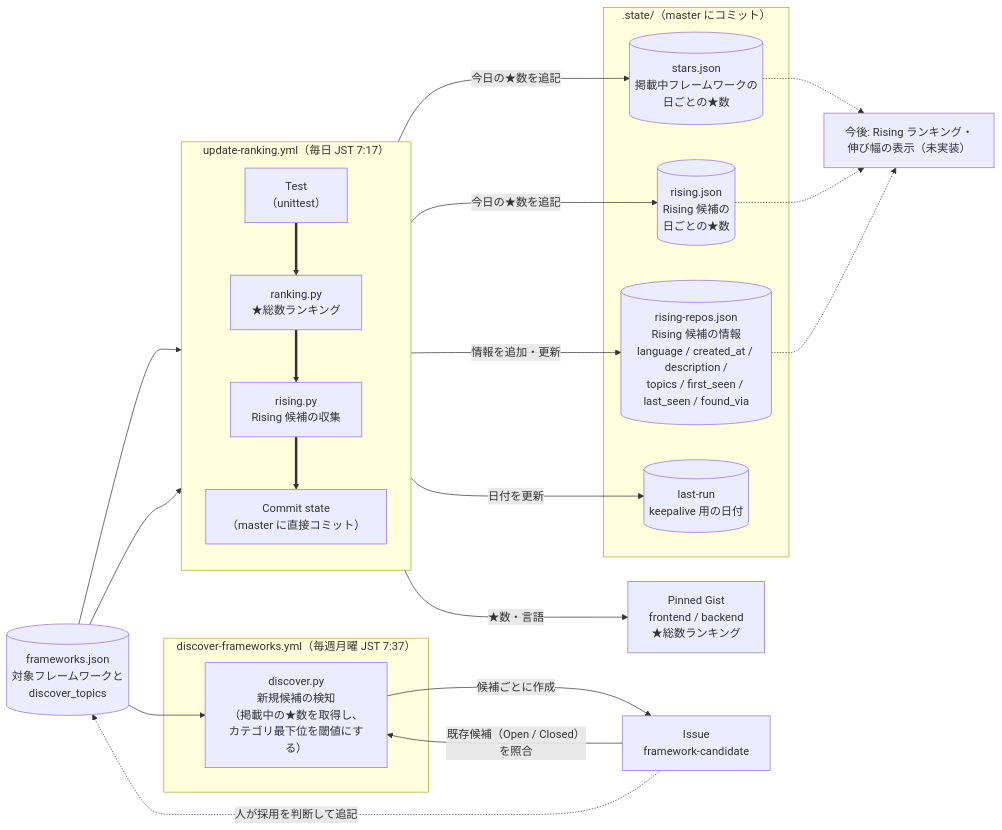
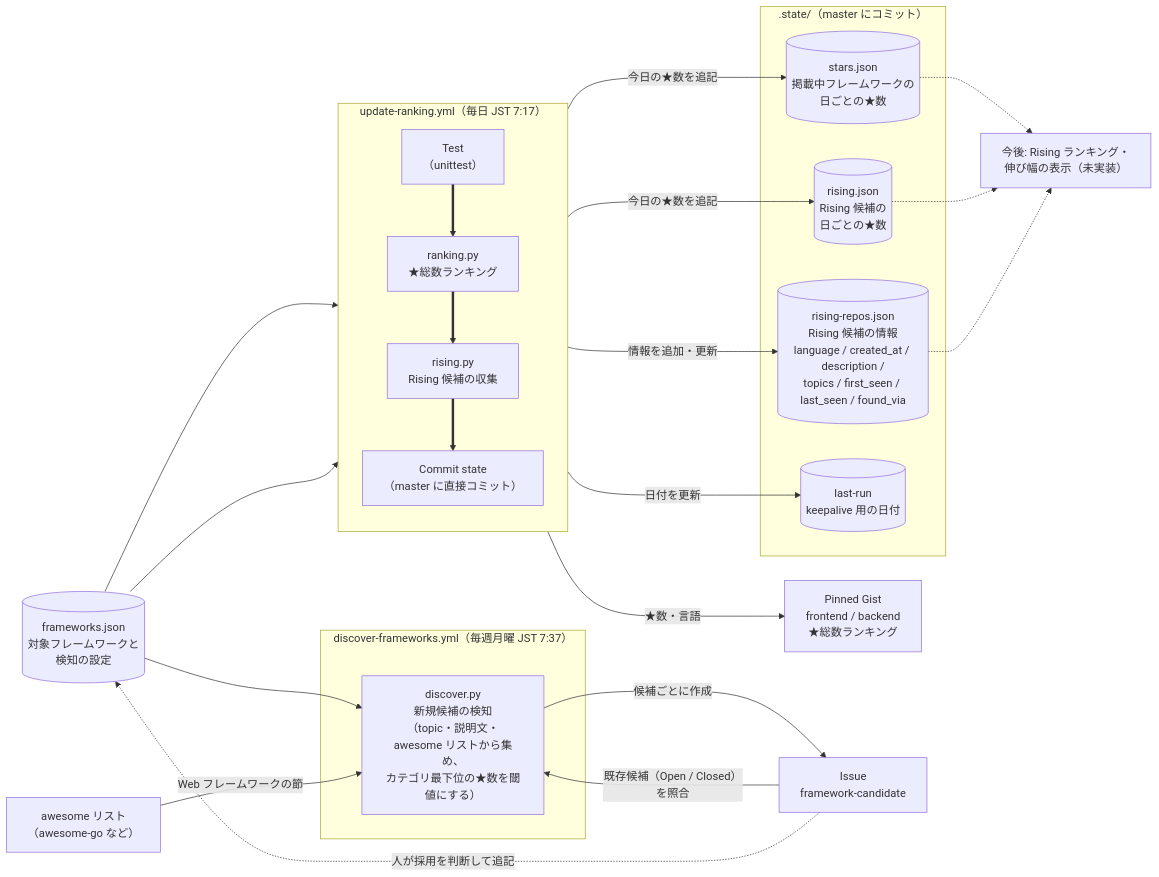
One commit to ot-nemoto/Omiya changed the first of 2 diagrams in docs/DATA_FLOW.md. Above: the diagram before and after it, drawn with Mermaid. The commit also changed other lines of this file and 6 other files, not shown here.

````diff
--- a/docs/DATA_FLOW.md
+++ b/docs/DATA_FLOW.md
@@ -7,46 +7,47 @@
 ```mermaid
 flowchart LR
-    config[("frameworks.json<br/>対象フレームワークと<br/>discover_topics")]
+    config[("frameworks.json<br/>対象フレームワークと<br/>検知の設定")]
 
     subgraph daily["update-ranking.yml（毎日 JST 7:17）"]
         direction TB
         test["Test<br/>（unittest）"]
         ranking["ranking.py<br/>★総数ランキング"]
         rising["rising.py<br/>Rising 候補の収集"]
         commit["Commit state<br/>（master に直接コミット）"]
         test ==> ranking ==> rising ==> commit
     end
 
     subgraph weekly["discover-frameworks.yml（毎週月曜 JST 7:37）"]
-        discover["discover.py<br/>新規候補の検知<br/>（掲載中の★数を取得し、<br/>カテゴリ最下位を閾値にする）"]
+        discover["discover.py<br/>新規候補の検知<br/>（topic・説明文・awesome リストから集め、<br/>カテゴリ最下位の★数を閾値にする）"]
     end
 
     subgraph state[".state/（master にコミット）"]
         stars[("stars.json<br/>掲載中フレームワークの<br/>日ごとの★数")]
         risingStars[("rising.json<br/>Rising 候補の<br/>日ごとの★数")]
         risingRepos[("rising-repos.json<br/>Rising 候補の情報<br/>language / created_at / description /<br/>topics / first_seen / last_seen / found_via")]
         lastRun[("last-run<br/>keepalive 用の日付")]
     end
 
     gists["Pinned Gist<br/>frontend / backend<br/>★総数ランキング"]
     issues["Issue<br/>framework-candidate"]
     future["今後: Rising ランキング・<br/>伸び幅の表示（未実装）"]
 
     config --> ranking
     config --> rising
     config --> discover
 
     ranking -->|"★数・言語"| gists
     ranking -->|"今日の★数を追記"| stars
     rising -->|"今日の★数を追記"| risingStars
     rising -->|"情報を追加・更新"| risingRepos
     commit -->|"日付を更新"| lastRun
 
     discover -->|"候補ごとに作成"| issues
     issues -->|"既存候補（Open / Closed）を照合"| discover
+    awesome["awesome リスト<br/>（awesome-go など）"] -->|"Web フレームワークの節"| discover
     issues -.->|"人が採用を判断して追記"| config
 
     stars -.-> future
     risingStars -.-> future
     risingRepos -.-> future
 ```
````
